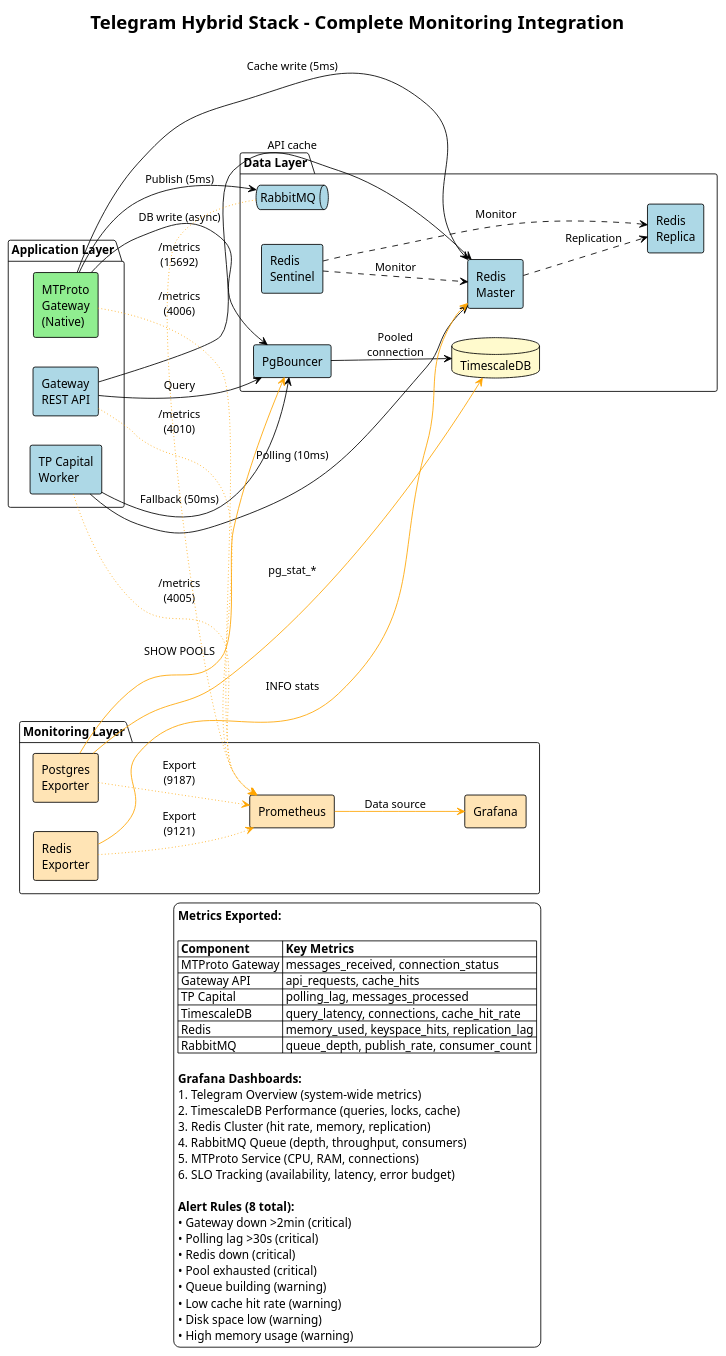
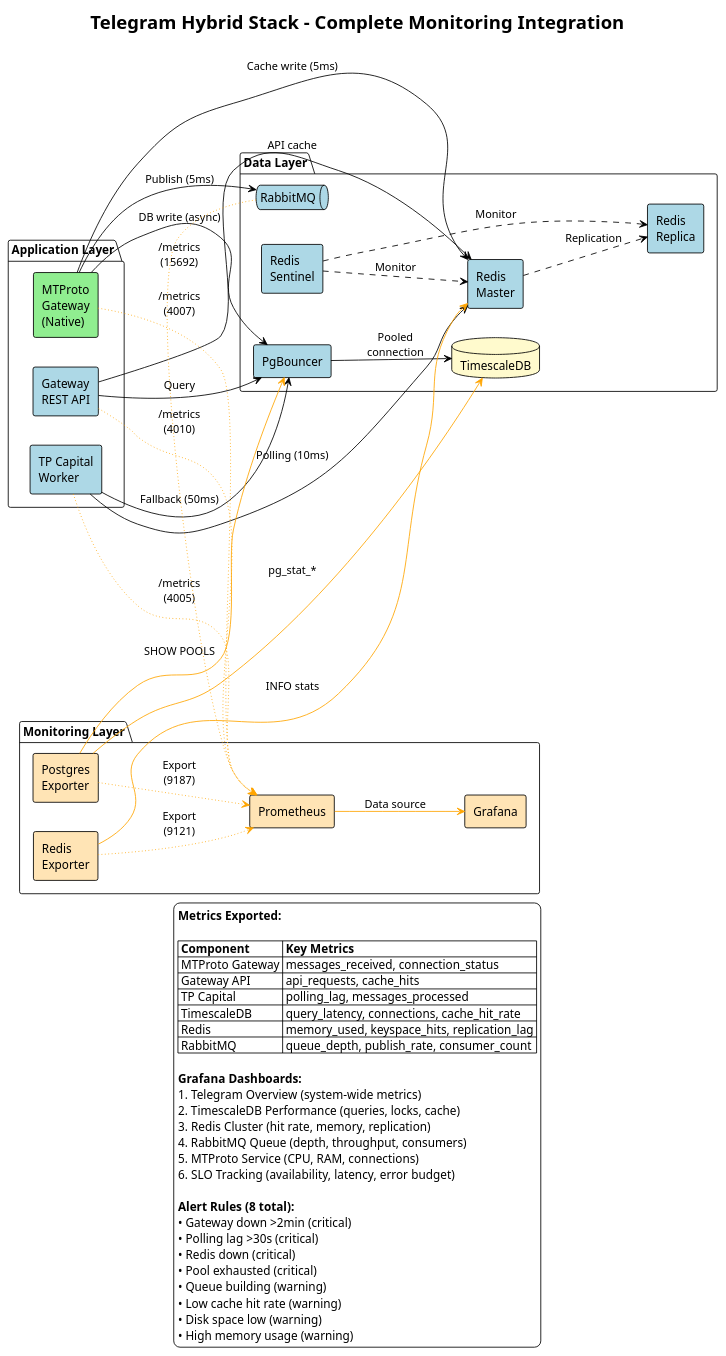
The diagram in docs/content/diagrams/telegram-hybrid-with-monitoring.puml (marceloterra1983/TradingSystem), drawn with PlantUML before and after one commit. The commit also changed 766 other files, not shown here.

```diff
--- a/docs/content/diagrams/telegram-hybrid-with-monitoring.puml
+++ b/docs/content/diagrams/telegram-hybrid-with-monitoring.puml
@@ -1,109 +1,109 @@
 @startuml Telegram Hybrid Architecture with Monitoring Stack
 !theme plain
 
 title Telegram Hybrid Stack - Complete Monitoring Integration
 
 left to right direction
 
 ' ==============================================================================
 ' Application Layer
 ' ==============================================================================
 package "Application Layer" {
     rectangle "MTProto\nGateway\n(Native)" as Gateway #90EE90
     rectangle "Gateway\nREST API" as API #ADD8E6
     rectangle "TP Capital\nWorker" as Worker #ADD8E6
 }
 
 ' ==============================================================================
 ' Data Layer
 ' ==============================================================================
 package "Data Layer" {
     database "TimescaleDB" as DB #FFFACD
     rectangle "PgBouncer" as Pool #ADD8E6
     rectangle "Redis\nMaster" as RedisMaster #ADD8E6
     rectangle "Redis\nReplica" as RedisReplica #ADD8E6
     rectangle "Redis\nSentinel" as Sentinel #ADD8E6
     queue "RabbitMQ" as Queue #ADD8E6
 }
 
 ' ==============================================================================
 ' Monitoring Layer
 ' ==============================================================================
 package "Monitoring Layer" {
     rectangle "Prometheus" as Prom #FFE4B5
     rectangle "Grafana" as Graf #FFE4B5
     rectangle "Postgres\nExporter" as PgExp #FFE4B5
     rectangle "Redis\nExporter" as RedisExp #FFE4B5
 }
 
 ' ==============================================================================
 ' Data Flow
 ' ==============================================================================
 Gateway --> RedisMaster : "Cache write (5ms)"
 Gateway --> Queue : "Publish (5ms)"
 Gateway --> Pool : "DB write (async)"
 
 Pool --> DB : "Pooled\nconnection"
 
 Worker --> RedisMaster : "Polling (10ms)"
 Worker --> Pool : "Fallback (50ms)"
 
 API --> Pool : "Query"
 API --> RedisMaster : "API cache"
 
 RedisMaster ..> RedisReplica : "Replication"
 Sentinel ..> RedisMaster : "Monitor"
 Sentinel ..> RedisReplica : "Monitor"
 
 ' ==============================================================================
 ' Metrics Flow
 ' ==============================================================================
-Gateway -[#orange,dotted]-> Prom : "/metrics\n(4006)"
+Gateway -[#orange,dotted]-> Prom : "/metrics\n(4007)"
 API -[#orange,dotted]-> Prom : "/metrics\n(4010)"
 Worker -[#orange,dotted]-> Prom : "/metrics\n(4005)"
 
 PgExp -[#orange]-> Pool : "SHOW POOLS"
 PgExp -[#orange]-> DB : "pg_stat_*"
 PgExp -[#orange,dotted]-> Prom : "Export\n(9187)"
 
 RedisExp -[#orange]-> RedisMaster : "INFO stats"
 RedisExp -[#orange,dotted]-> Prom : "Export\n(9121)"
 
 Queue -[#orange,dotted]-> Prom : "/metrics\n(15692)"
 
 Prom -[#orange]-> Graf : "Data source"
 
 ' ==============================================================================
 ' Legend
 ' ==============================================================================
 legend bottom
     **Metrics Exported:**
     
     |= Component |= Key Metrics |
     | MTProto Gateway | messages_received, connection_status |
     | Gateway API | api_requests, cache_hits |
     | TP Capital | polling_lag, messages_processed |
     | TimescaleDB | query_latency, connections, cache_hit_rate |
     | Redis | memory_used, keyspace_hits, replication_lag |
     | RabbitMQ | queue_depth, publish_rate, consumer_count |
     
     **Grafana Dashboards:**
     1. Telegram Overview (system-wide metrics)
     2. TimescaleDB Performance (queries, locks, cache)
     3. Redis Cluster (hit rate, memory, replication)
     4. RabbitMQ Queue (depth, throughput, consumers)
     5. MTProto Service (CPU, RAM, connections)
     6. SLO Tracking (availability, latency, error budget)
     
     **Alert Rules (8 total):**
     • Gateway down >2min (critical)
     • Polling lag >30s (critical)
     • Redis down (critical)
     • Pool exhausted (critical)
     • Queue building (warning)
     • Low cache hit rate (warning)
     • Disk space low (warning)
     • High memory usage (warning)
 end legend
 
 @enduml
```
